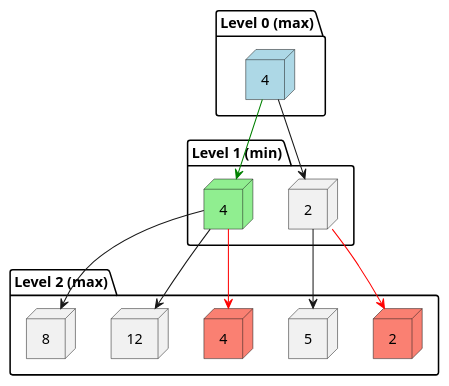
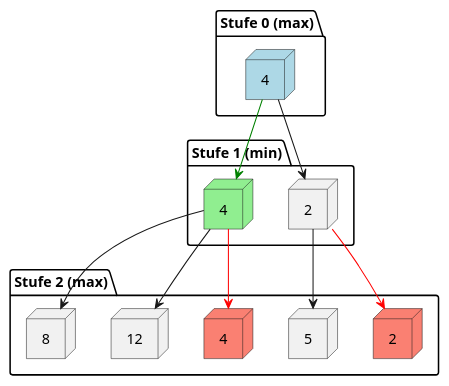
One commit to l2c0r3/blobfish changed the diagram in docs/plantuml/minimax-examples/general-minimax-tree-example.puml. Above: the diagram before and after it, drawn with PlantUML. The commit also changed 14 other files, not shown here.

```diff
--- a/docs/plantuml/minimax-examples/general-minimax-tree-example.puml
+++ b/docs/plantuml/minimax-examples/general-minimax-tree-example.puml
@@ -1,31 +1,31 @@
 @startuml
 ' Force top-down layout
 top to bottom direction
 
-package "Level 0 (max)" {
+package "Stufe 0 (max)" {
     node "4" as L0 #lightblue
 }
 
-package "Level 1 (min)" {
+package "Stufe 1 (min)" {
     node "2" as L1L
     node "4" as L1R #lightgreen
 }
 
-package "Level 2 (max)" {
+package "Stufe 2 (max)" {
     node "2" as L2LL #salmon
     node "5" as L2LR
     node "4" as L2RL #salmon
     node "12" as L2RM
     node "8" as L2RR
 }
 
 ' Connections
 L0 --> L1L
 L0 --> L1R #green
 L1L --> L2LL #red
 L1L --> L2LR
 L1R --> L2RL #red
 L1R --> L2RM
 L1R --> L2RR
 
 @enduml
```
